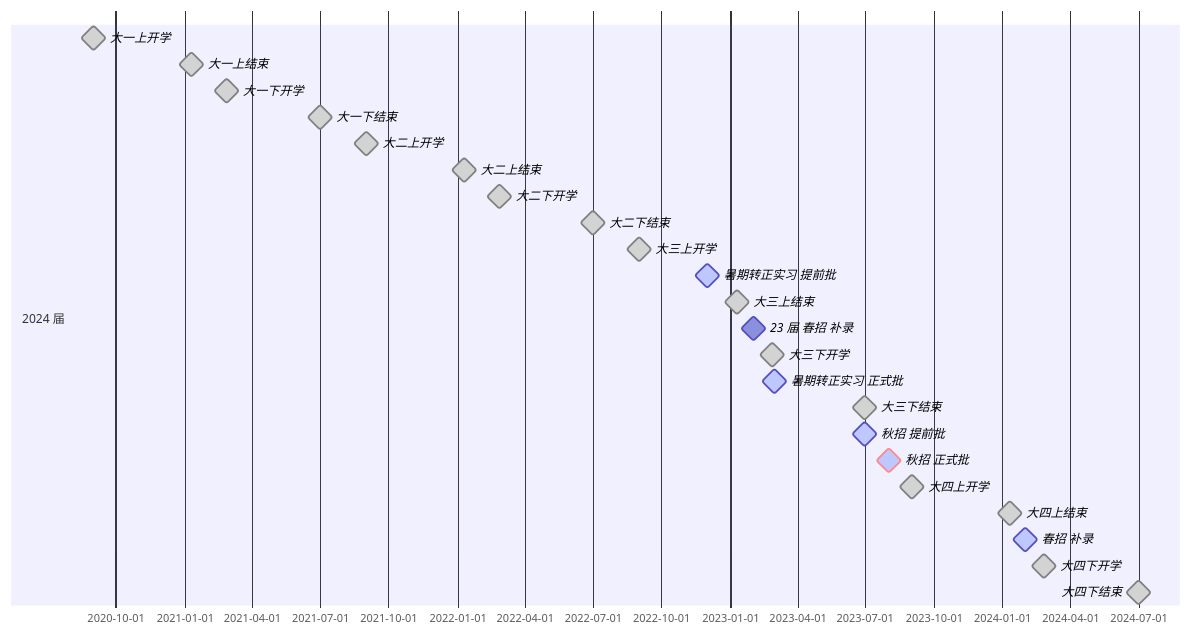
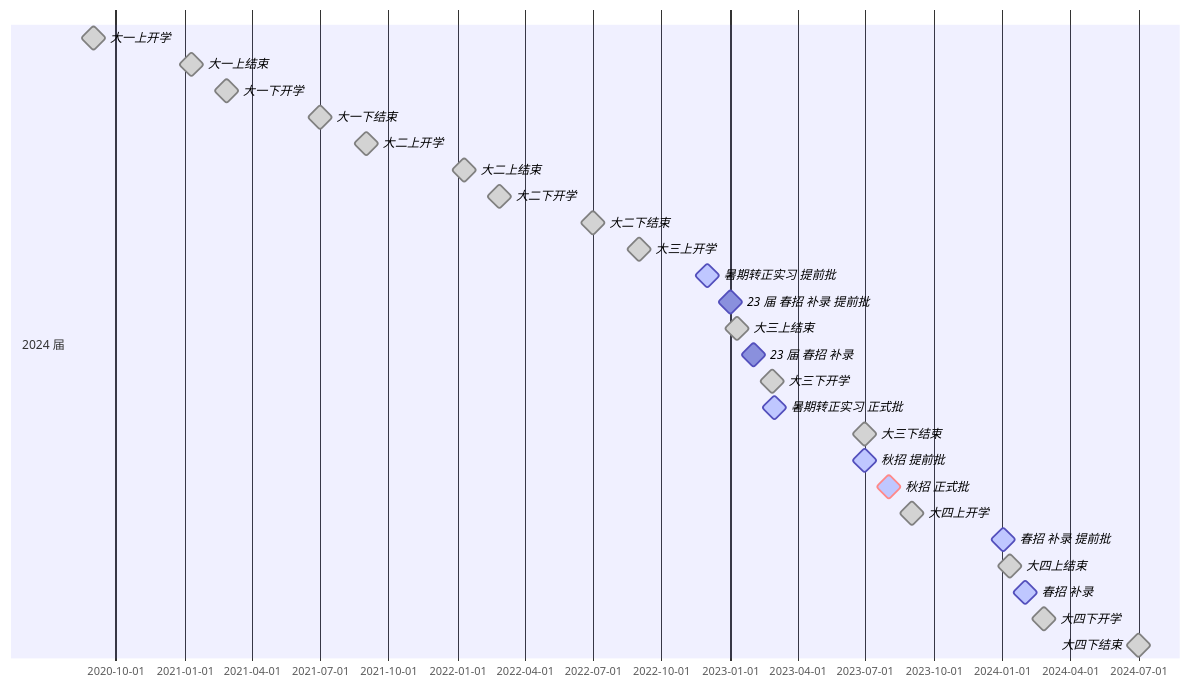
The first of 3 diagrams in 专题/【长线】实时关注招聘.md (james-curtis/public-diary), drawn with Mermaid before and after one commit. The commit also changed other lines of this file, not shown here.

````diff
--- a/专题/【长线】实时关注招聘.md
+++ b/专题/【长线】实时关注招聘.md
@@ -55,45 +55,51 @@
 ```mermaid
 gantt
     dateFormat  YYYY-MM-DD
 
     section 2024 届
     大一上开学      :milestone, done, 2020-09-01, 0d
 
     大一上结束      :milestone, done, 2021-01-10, 0d
     大一下开学      :milestone, done, 2021-02-26, 0d
     大一下结束      :milestone, done, 2021-07-01, 0d
     大二上开学      :milestone, done, 2021-09-01, 0d
 
     大二上结束      :milestone, done, 2022-01-10, 0d
     大二下开学      :milestone, done, 2022-02-26, 0d
     大二下结束      :milestone, done, 2022-07-01, 0d
     大三上开学      :milestone, done, 2022-09-01, 0d
 
     %% 招聘
     暑期转正实习 提前批 :milestone, active, 2022-12-01, 0d
     %% 招聘
 
+    %% 招聘
+    23 届 春招 补录 提前批    :milestone, 2023-01-02, 0d
+    %% 招聘
     大三上结束      :milestone, done, 2023-01-10, 0d
     %% 招聘
     23 届 春招 补录    :milestone, 2023-02-01, 0d
     %% 招聘
     大三下开学      :milestone, done, 2023-02-26, 0d
     %% 招聘
     暑期转正实习 正式批 :milestone, active, 2023-03-01, 0d
     %% 招聘
     大三下结束      :milestone, done, 2023-07-01, 0d
     %% 招聘
     秋招 提前批     :milestone, active, 2023-07-01, 0d
     秋招 正式批     :milestone, active, crit, 2023-08-01, 0d
     %% 招聘
     大四上开学      :milestone, done, 2023-09-01, 0d
 
+    %% 招聘
+    春招 补录 提前批       :milestone, active, 2024-01-02, 0d
+    %% 招聘
     大四上结束      :milestone, done, 2024-01-10, 0d
     %% 招聘
     春招 补录       :milestone, active, 2024-02-01, 0d
     %% 招聘
     大四下开学      :milestone, done, 2024-02-26, 0d
     大四下结束      :milestone, done, 2024-07-01, 0d
 
     %% 其他
 ```
````
